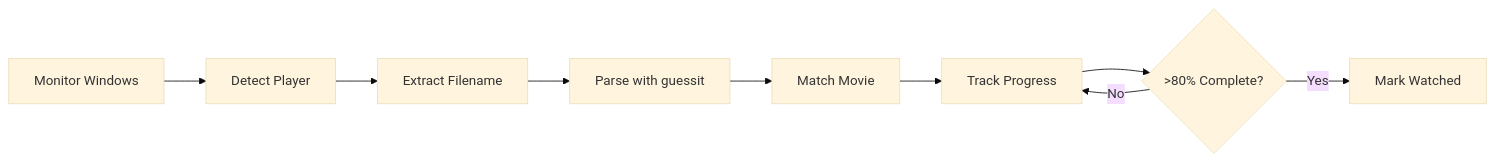
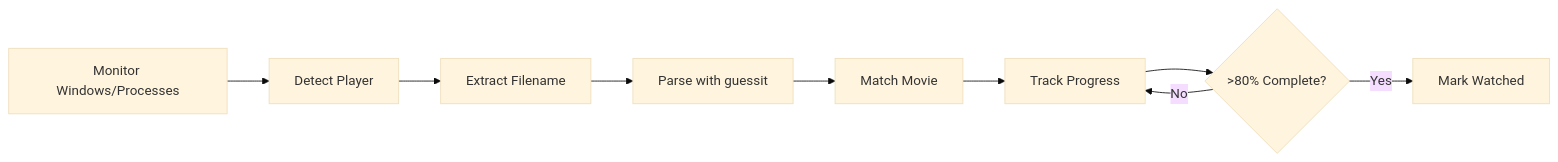
Before and after one commit to ByteTrix/Media-Player-Scrobbler-for-Simkl: the diagram in README.md, drawn with Mermaid (base theme). The commit also changed other lines of this file and 15 other files, not shown here.

````diff
--- a/README.md
+++ b/README.md
@@ -209,11 +259,11 @@
 ```mermaid
 graph LR
-    A[Monitor Windows] --> B[Detect Player]
+    A[Monitor Windows/Processes] --> B[Detect Player]
     B --> C[Extract Filename]
     C --> D[Parse with guessit]
     D --> E[Match Movie]
     E --> F[Track Progress]
     F --> G{>80% Complete?}
     G -->|Yes| H[Mark Watched]
     G -->|No| F
 ```
````
